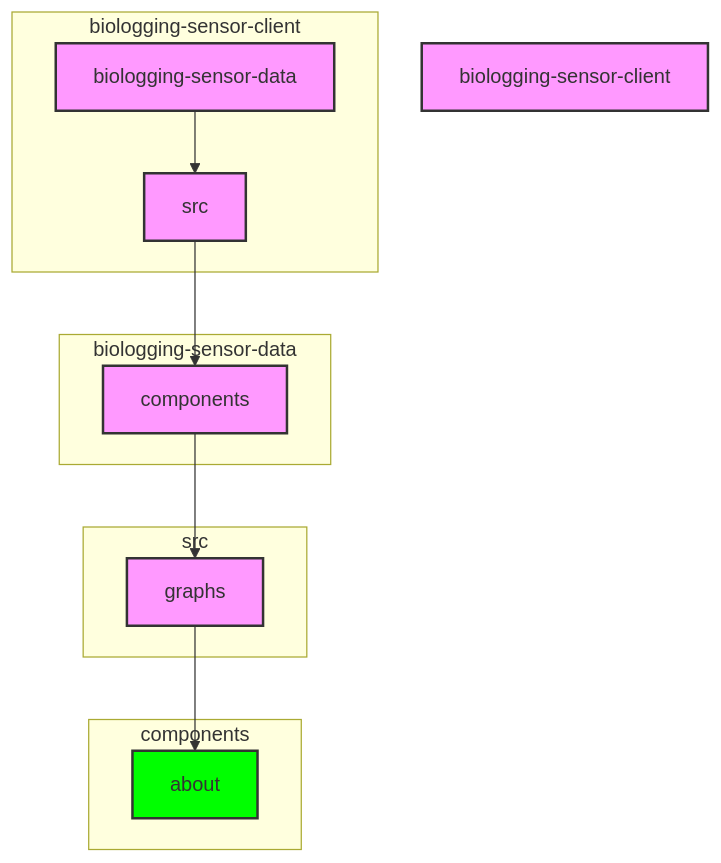
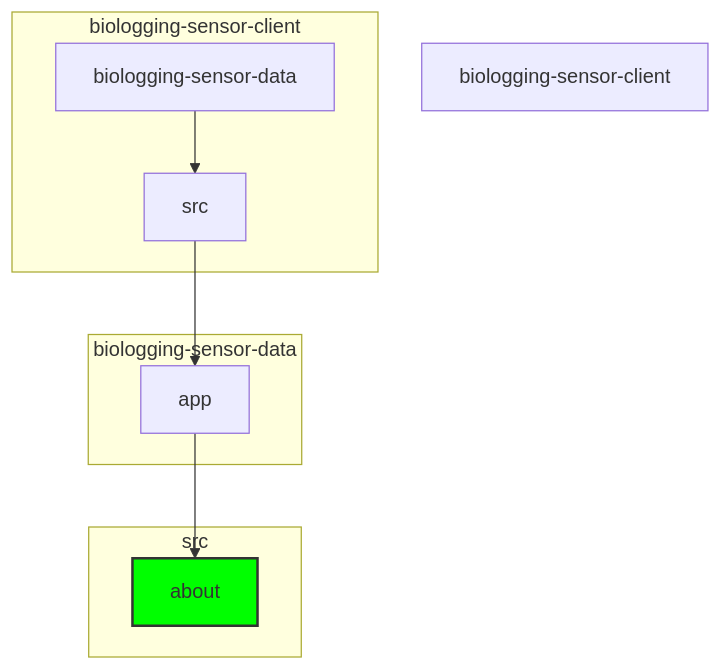
The diagram in draft-delete.md (Khosiyat/Algorithms), drawn with Mermaid before and after one commit.

````diff
--- a/draft-delete.md
+++ b/draft-delete.md
@@ -1,30 +1,21 @@
 ```mermaid
 graph TD
     A["biologging-sensor-client"] 
     B["biologging-sensor-data"]
     C["src"]
-    D["components"]
-    E["graphs"]
-    F["about"]
+    D["app"]
+    E["about"]
 
     subgraph biologging-sensor-client
         B --> C
     end
     subgraph biologging-sensor-data
         C --> D
     end
     subgraph src
         D --> E
     end
-    subgraph components
-        E --> F
-    end
 
-    style A fill:#f9f,stroke:#333,stroke-width:2px;
-    style B fill:#f9f,stroke:#333,stroke-width:2px;
-    style C fill:#f9f,stroke:#333,stroke-width:2px;
-    style D fill:#f9f,stroke:#333,stroke-width:2px;
-    style E fill:#f9f,stroke:#333,stroke-width:2px;
-    style F fill:#0f0,stroke:#333,stroke-width:2px;
+    style E fill:#0f0,stroke:#333,stroke-width:2px;
 
 ```
````
